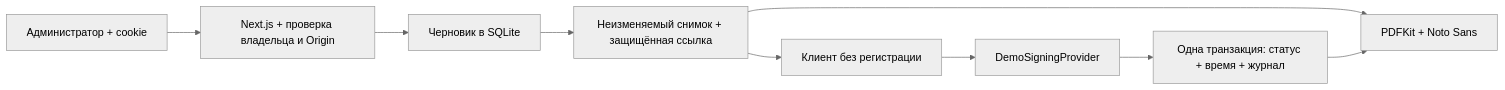
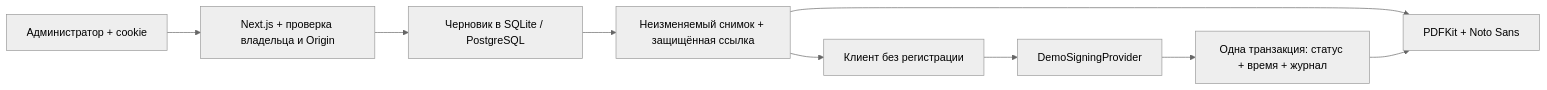
Before and after one commit to temirkhanerbolatovich-coder/rentalsign: the diagram in docs/ARCHITECTURE.md, drawn with Mermaid (neutral theme). The commit also changed other lines of this file and 4 other files, not shown here.

````diff
--- a/docs/ARCHITECTURE.md
+++ b/docs/ARCHITECTURE.md
@@ -26,11 +26,11 @@
 ```mermaid
 flowchart LR
   A[Администратор + cookie] --> B[Next.js + проверка владельца и Origin]
-  B --> C[Черновик в SQLite]
+  B --> C[Черновик в SQLite / PostgreSQL]
   C --> D[Неизменяемый снимок + защищённая ссылка]
   D --> E[Клиент без регистрации]
   E --> F[DemoSigningProvider]
   F --> G[Одна транзакция: статус + время + журнал]
   D --> P[PDFKit + Noto Sans]
   G --> P
 ```
````
